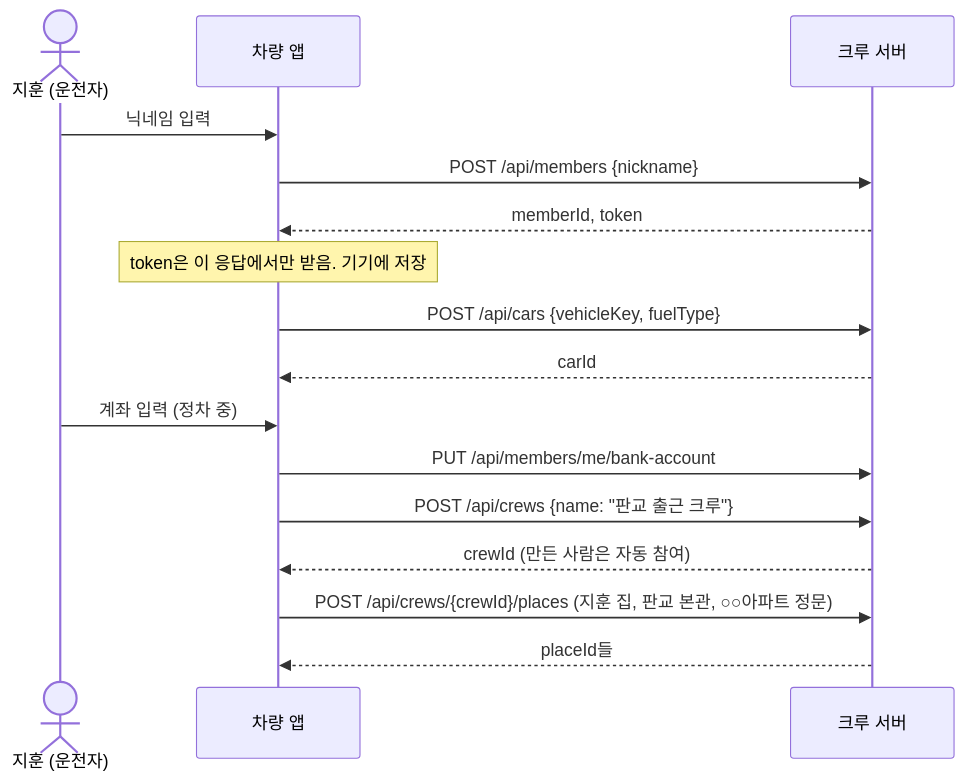
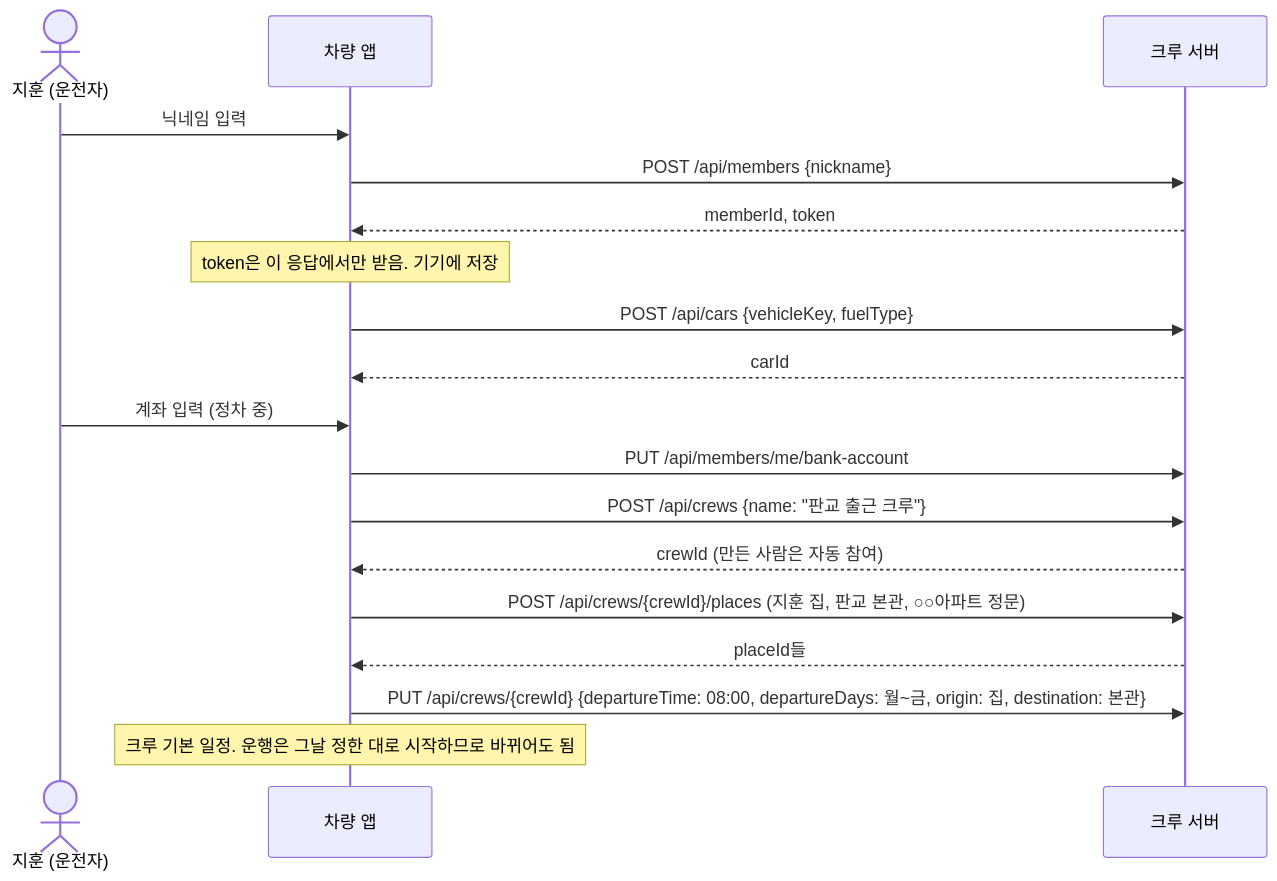
The first of 8 diagrams in docs/sequences.md (hyundai-full-accel/paircar-server), drawn with Mermaid before and after one commit. The commit also changed other lines of this file and 29 other files, not shown here.

````diff
--- a/docs/sequences.md
+++ b/docs/sequences.md
@@ -28,19 +28,21 @@
 ```mermaid
 sequenceDiagram
     actor D as 지훈 (운전자)
     participant C as 차량 앱
     participant S as 크루 서버
 
     D->>C: 닉네임 입력
     C->>S: POST /api/members {nickname}
     S-->>C: memberId, token
     Note over C: token은 이 응답에서만 받음. 기기에 저장
     C->>S: POST /api/cars {vehicleKey, fuelType}
     S-->>C: carId
     D->>C: 계좌 입력 (정차 중)
     C->>S: PUT /api/members/me/bank-account
     C->>S: POST /api/crews {name: "판교 출근 크루"}
     S-->>C: crewId (만든 사람은 자동 참여)
     C->>S: POST /api/crews/{crewId}/places (지훈 집, 판교 본관, ○○아파트 정문)
     S-->>C: placeId들
+    C->>S: PUT /api/crews/{crewId} {departureTime: 08:00, departureDays: 월~금, origin: 집, destination: 본관}
+    Note over C: 크루 기본 일정. 운행은 그날 정한 대로 시작하므로 바뀌어도 됨
 ```
````
